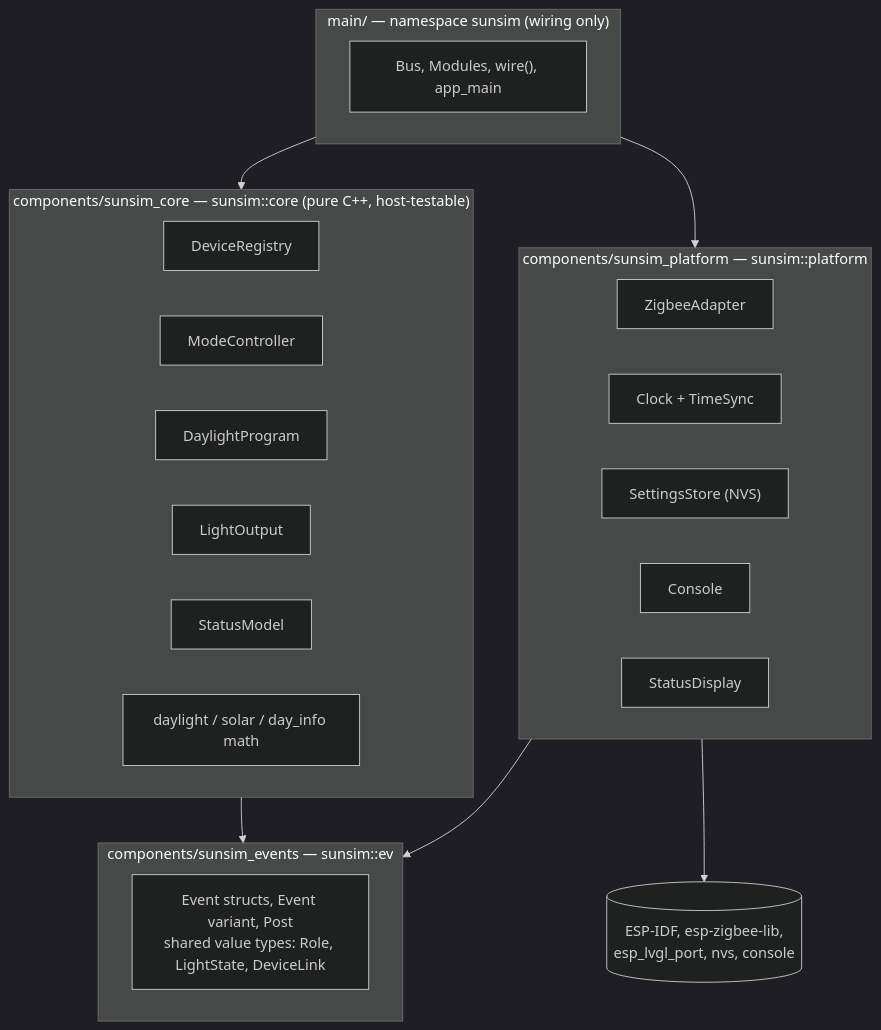
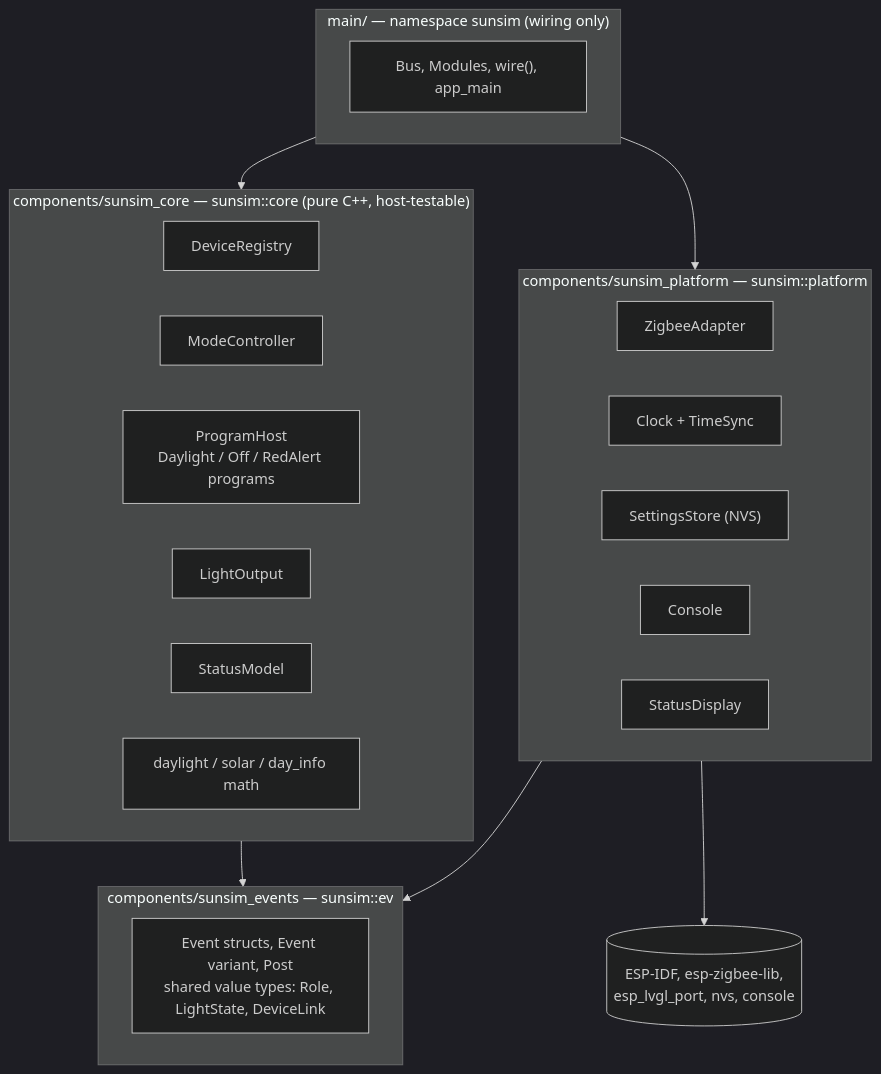
The first of 5 diagrams in EVENT_DESIGN.md (bjerre/sunsim), drawn with Mermaid (dark theme) before and after one commit. The commit also changed other lines of this file and 26 other files, not shown here.

````diff
--- a/EVENT_DESIGN.md
+++ b/EVENT_DESIGN.md
@@ -31,31 +31,31 @@
 ```mermaid
 flowchart TB
     subgraph app["main/ — namespace sunsim (wiring only)"]
         Wire["Bus, Modules, wire(), app_main"]
     end
     subgraph platform["components/sunsim_platform — sunsim::platform"]
         ZA[ZigbeeAdapter]
         CK["Clock + TimeSync"]
         ST["SettingsStore (NVS)"]
         CO[Console]
         DI[StatusDisplay]
     end
     subgraph core["components/sunsim_core — sunsim::core (pure C++, host-testable)"]
         DR[DeviceRegistry]
         MC[ModeController]
-        DP[DaylightProgram]
+        PH["ProgramHost<br/>Daylight / Off / RedAlert programs"]
         LO[LightOutput]
         SM[StatusModel]
         MA["daylight / solar / day_info math"]
     end
     subgraph events["components/sunsim_events — sunsim::ev"]
         EV["Event structs, Event variant, Post<br/>shared value types: Role, LightState, DeviceLink"]
     end
     IDF[("ESP-IDF, esp-zigbee-lib,<br/>esp_lvgl_port, nvs, console")]
 
     app --> platform
     app --> core
     platform --> events
     core --> events
     platform --> IDF
 ```
````
